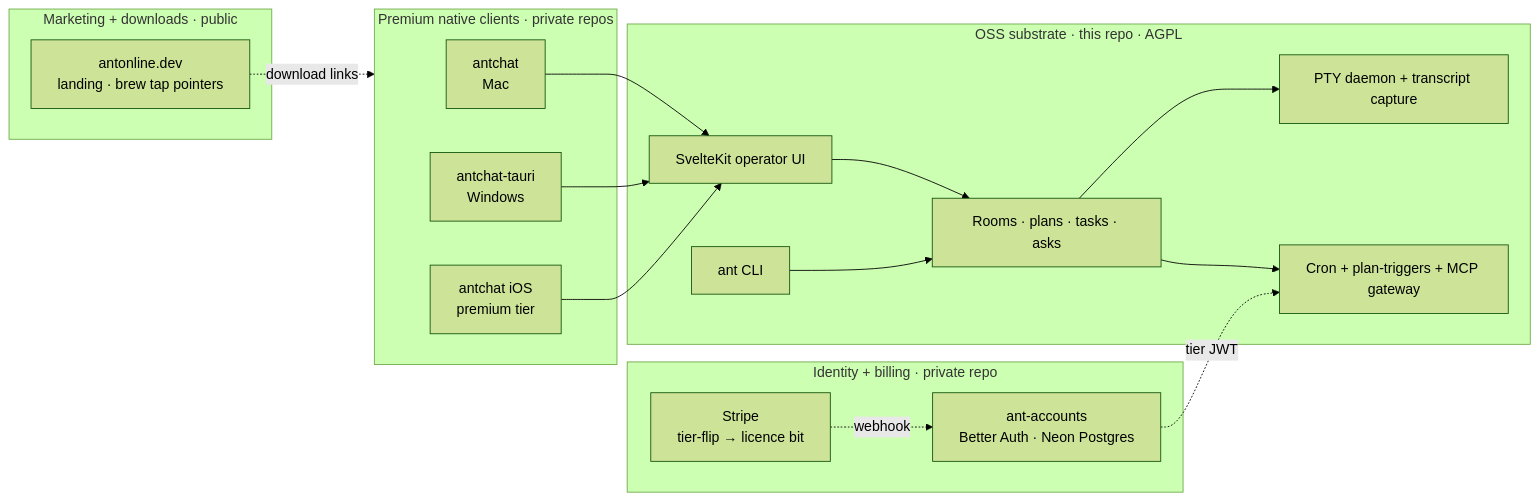
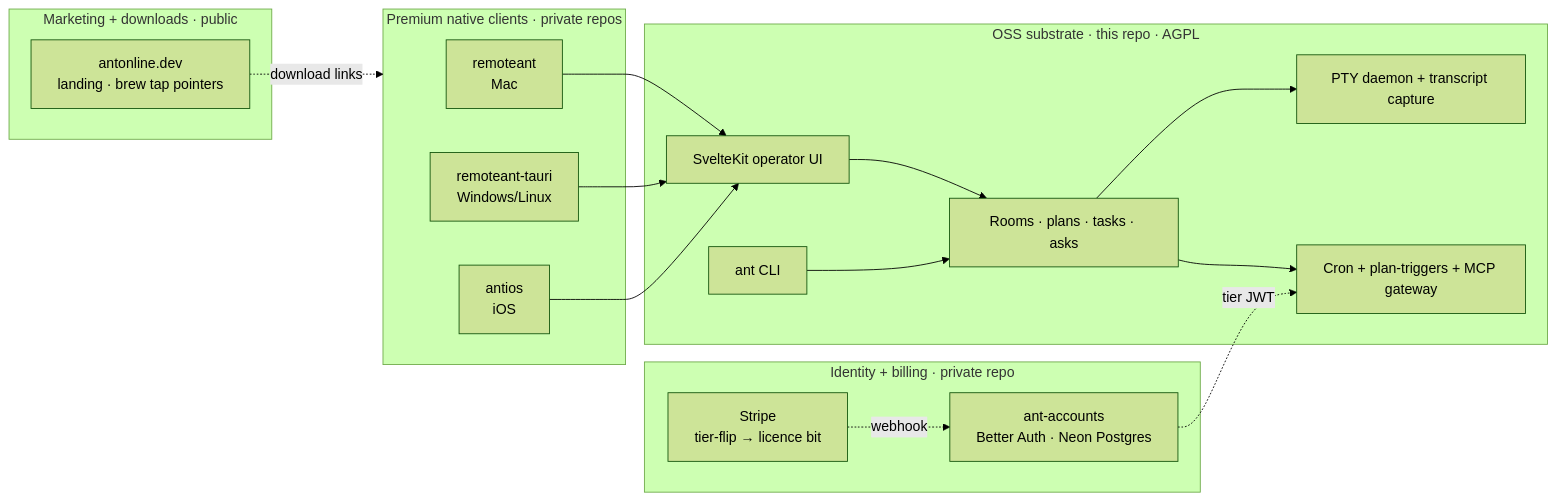
The diagram in README.md (Jktfe/a-nice-terminal), drawn with Mermaid (forest theme) before and after one commit. The commit also changed other lines of this file and 1 other file, not shown here.

````diff
--- a/README.md
+++ b/README.md
@@ -50,36 +70,36 @@
 ```mermaid
 flowchart LR
   subgraph Clients[Premium native clients · private repos]
-    AC[antchat<br/>Mac]
-    AW[antchat-tauri<br/>Windows]
-    AI[antchat iOS<br/>premium tier]
+    AC[remoteant<br/>Mac]
+    AW[remoteant-tauri<br/>Windows/Linux]
+    AI[antios<br/>iOS]
   end
 
   subgraph Accounts[Identity + billing · private repo]
     AA[ant-accounts<br/>Better Auth · Neon Postgres]
     ST[Stripe<br/>tier-flip → licence bit]
   end
 
   subgraph Web[Marketing + downloads · public]
     AOD[antonline.dev<br/>landing · brew tap pointers]
   end
 
   subgraph OSS[OSS substrate · this repo · AGPL]
     UI[SvelteKit operator UI]
     CLI[ant CLI]
     Rooms[Rooms · plans · tasks · asks]
     PTY[PTY daemon + transcript capture]
     Cron[Cron + plan-triggers + MCP gateway]
   end
 
   AC --> UI
   AW --> UI
   AI --> UI
   AA -.tier JWT.-> Cron
   ST -.webhook.-> AA
   AOD -.download links.-> Clients
   UI --> Rooms
   CLI --> Rooms
   Rooms --> PTY
   Rooms --> Cron
 ```
````
